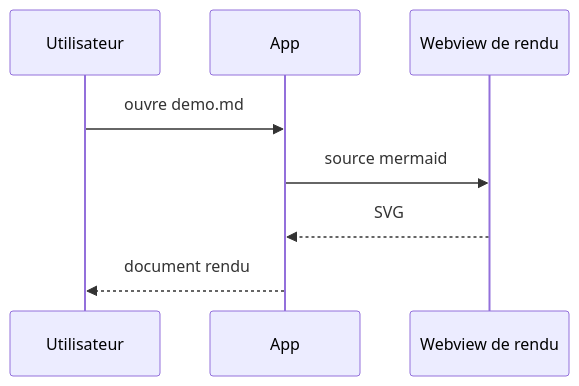
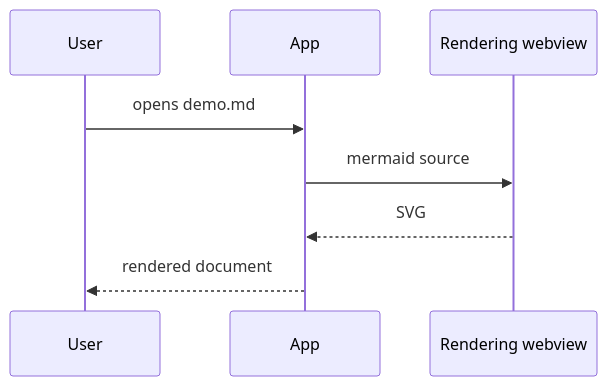
The second of 6 diagrams in samples/demo.md (vdidon/kroki-deskapp), drawn with Mermaid before and after one commit. The commit also changed other lines of this file and 10 other files, not shown here.

````diff
--- a/samples/demo.md
+++ b/samples/demo.md
@@ -48,10 +48,10 @@
 ```mermaid
 sequenceDiagram
-    participant U as Utilisateur
+    participant U as User
     participant A as App
-    participant R as Webview de rendu
-    U->>A: ouvre demo.md
-    A->>R: source mermaid
+    participant R as Rendering webview
+    U->>A: opens demo.md
+    A->>R: mermaid source
     R-->>A: SVG
-    A-->>U: document rendu
+    A-->>U: rendered document
 ```
````
